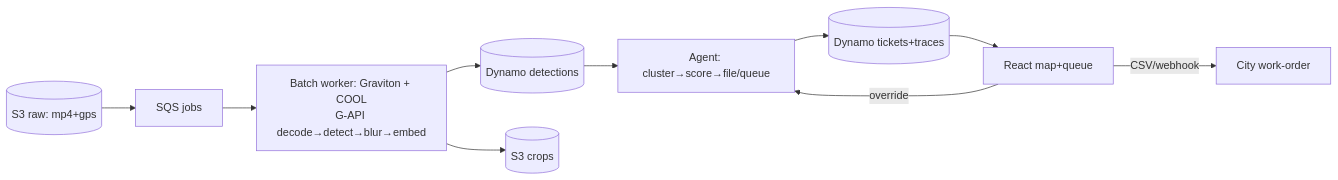
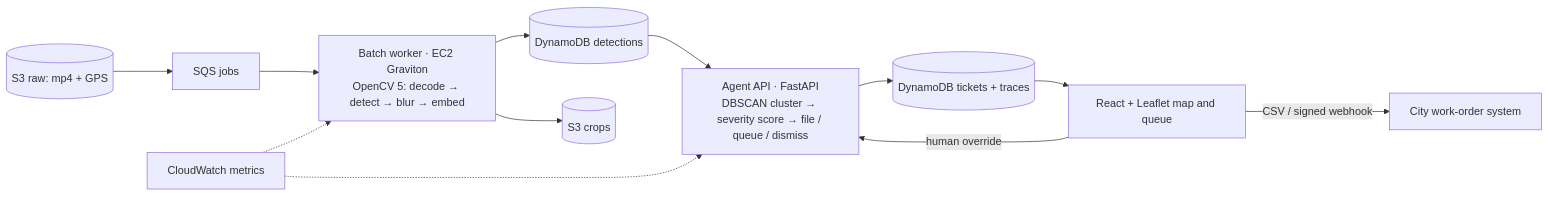
The diagram in docs/arch_diagram.mmd (Divyanshu-kumar14/CivicLens), drawn with Mermaid before and after one commit. The commit also changed 5 other files, not shown here.

First line of the commit message:
docs: complete the report, correct the architecture diagram, document auth

```diff
--- a/docs/arch_diagram.mmd
+++ b/docs/arch_diagram.mmd
@@ -1,10 +1,12 @@
 flowchart LR
-  V[(S3 raw: mp4+gps)] --> Q[SQS jobs]
-  Q --> W[Batch worker: Graviton + COOL\nG-API decode→detect→blur→embed]
-  W --> D[(Dynamo detections)]
+  V[(S3 raw: mp4 + GPS)] --> Q[SQS jobs]
+  Q --> W["Batch worker · EC2 Graviton<br/>OpenCV 5: decode → detect → blur → embed"]
+  W --> D[(DynamoDB detections)]
   W --> C[(S3 crops)]
-  D --> A[Agent: cluster→score→file/queue]
-  A --> T[(Dynamo tickets+traces)]
-  T --> UI[React map+queue]
-  UI -->|CSV/webhook| CITY[City work-order]
-  UI -->|override| A
+  D --> A["Agent API · FastAPI<br/>DBSCAN cluster → severity score → file / queue / dismiss"]
+  A --> T[(DynamoDB tickets + traces)]
+  T --> UI[React + Leaflet map and queue]
+  UI -->|CSV / signed webhook| CITY[City work-order system]
+  UI -->|human override| A
+  CW[CloudWatch metrics] -.-> W
+  CW -.-> A
```
